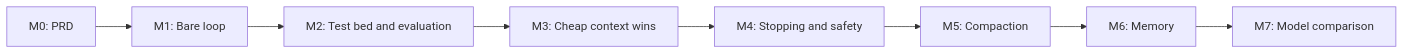
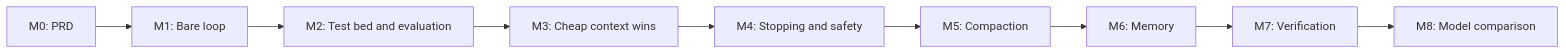
The diagram in docs/prd/05-roadmap.md (billykong/saysno), drawn with Mermaid before and after one commit. The commit also changed other lines of this file and 6 other files, not shown here.

First line of the commit message:
PRD: add M7 verification (V-01 to V-06, E-12 to E-14); model comparison moves to M8

````diff
--- a/docs/prd/05-roadmap.md
+++ b/docs/prd/05-roadmap.md
@@ -5,10 +5,11 @@
 ```mermaid
 flowchart LR
   M0["M0: PRD"] --> M1["M1: Bare loop"]
   M1 --> M2["M2: Test bed and evaluation"]
   M2 --> M3["M3: Cheap context wins"]
   M3 --> M4["M4: Stopping and safety"]
   M4 --> M5["M5: Compaction"]
   M5 --> M6["M6: Memory"]
-  M6 --> M7["M7: Model comparison"]
+  M6 --> M7["M7: Verification"]
+  M7 --> M8["M8: Model comparison"]
 ```
````
